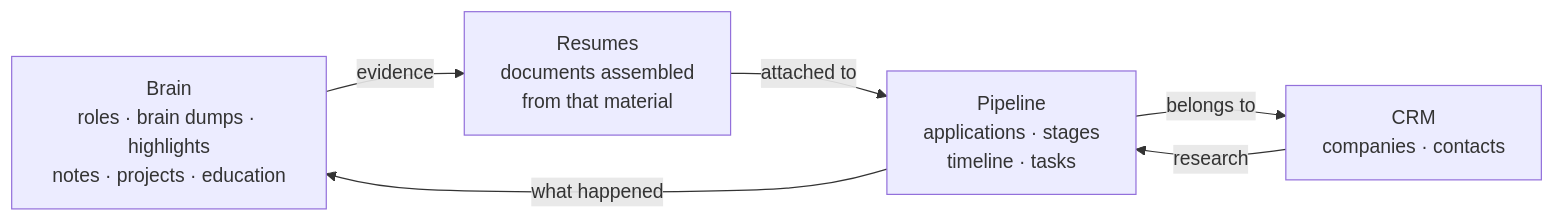
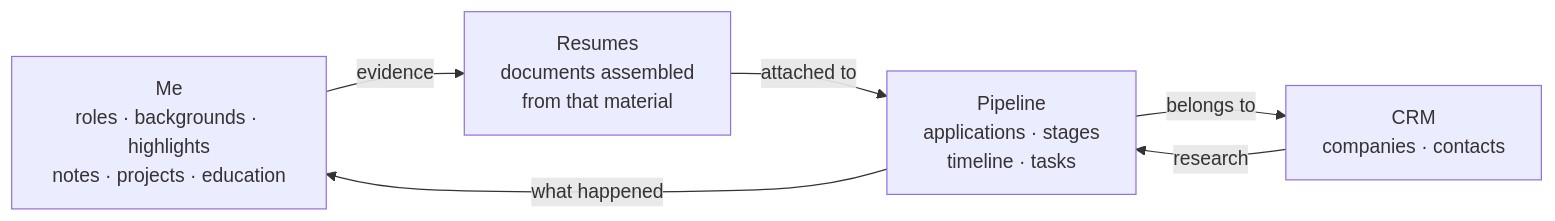
Before and after one commit to byw1/resume: the diagram in docs/concepts/how-it-fits.mdx, drawn with Mermaid. The commit also changed other lines of this file and 71 other files, not shown here.

````diff
--- a/docs/concepts/how-it-fits.mdx
+++ b/docs/concepts/how-it-fits.mdx
@@ -11,13 +11,13 @@
 ```mermaid
 flowchart LR
-  B["Brain<br/>roles · brain dumps · highlights<br/>notes · projects · education"]
+  B["Me<br/>roles · backgrounds · highlights<br/>notes · projects · education"]
   R["Resumes<br/>documents assembled<br/>from that material"]
   P["Pipeline<br/>applications · stages<br/>timeline · tasks"]
   C["CRM<br/>companies · contacts"]
 
   B -- "evidence" --> R
   R -- "attached to" --> P
   P -- "belongs to" --> C
   C -- "research" --> P
   P -- "what happened" --> B
 ```
````
